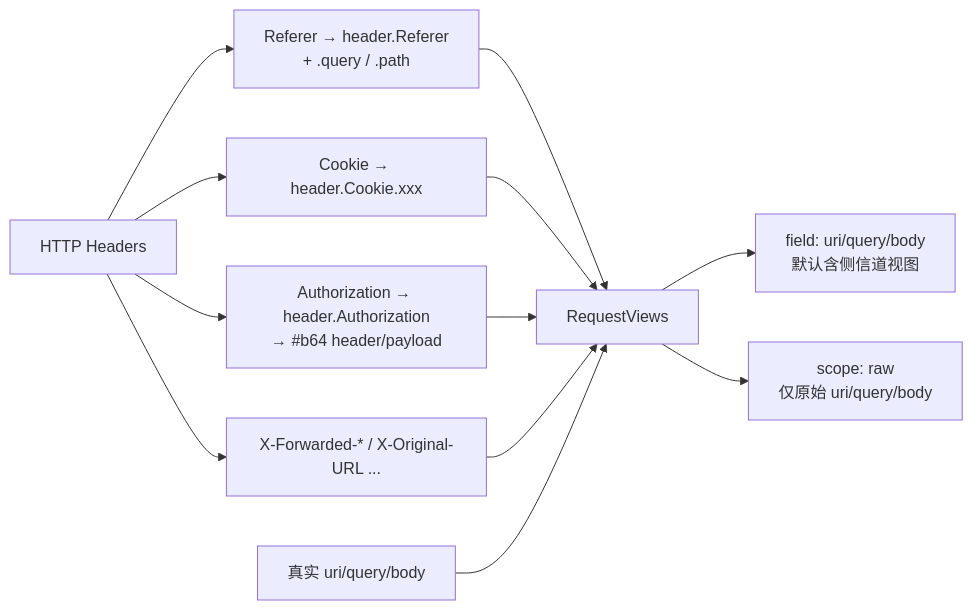
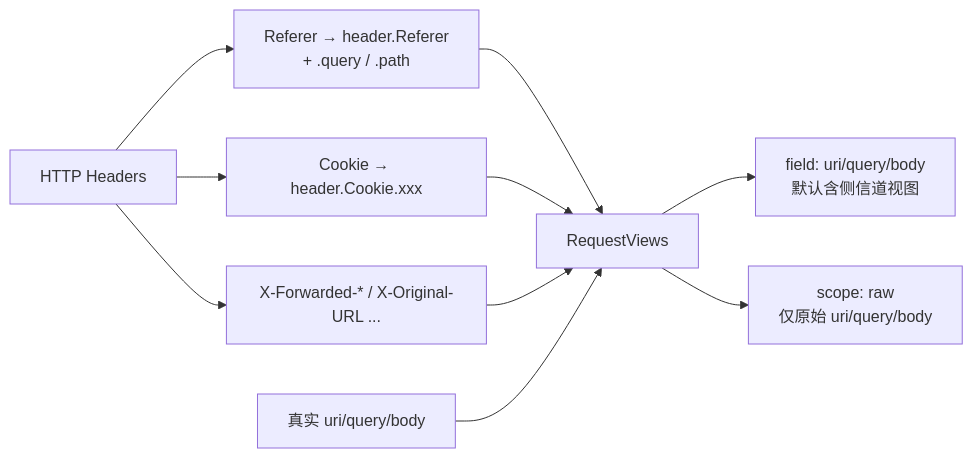
The fourth of 6 diagrams in docs/SYSTEM-ARCHITECTURE-zh.md (aha-iii/antibody), drawn with Mermaid before and after one commit. The commit also changed other lines of this file and 18 other files, not shown here.

````diff
--- a/docs/SYSTEM-ARCHITECTURE-zh.md
+++ b/docs/SYSTEM-ARCHITECTURE-zh.md
@@ -228,14 +230,13 @@
 ```mermaid
 flowchart LR
   H[HTTP Headers]
   H --> R[Referer → header.Referer\n+ .query / .path]
   H --> C[Cookie → header.Cookie.xxx]
-  H --> A[Authorization → header.Authorization\n→ #b64 header/payload]
   H --> X[X-Forwarded-* / X-Original-URL ...]
 
-  R & C & A & X --> Views[RequestViews]
+  R & C & X --> Views[RequestViews]
   URI[真实 uri/query/body] --> Views
 
   Views --> Rules["field: uri/query/body\n默认含侧信道视图"]
   Views --> Raw["scope: raw\n仅原始 uri/query/body"]
 ```
````
